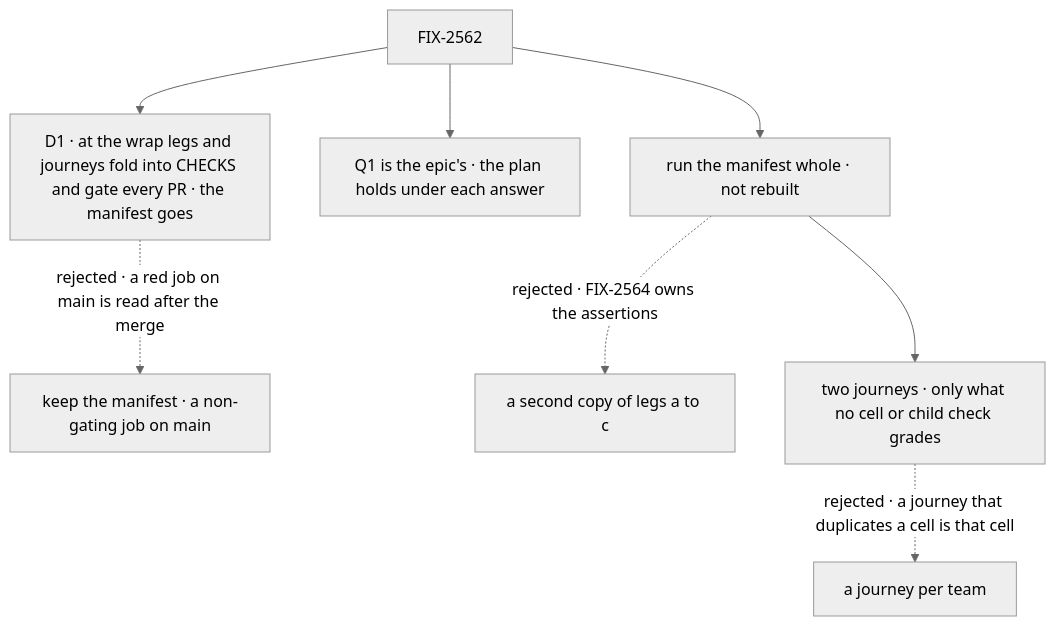
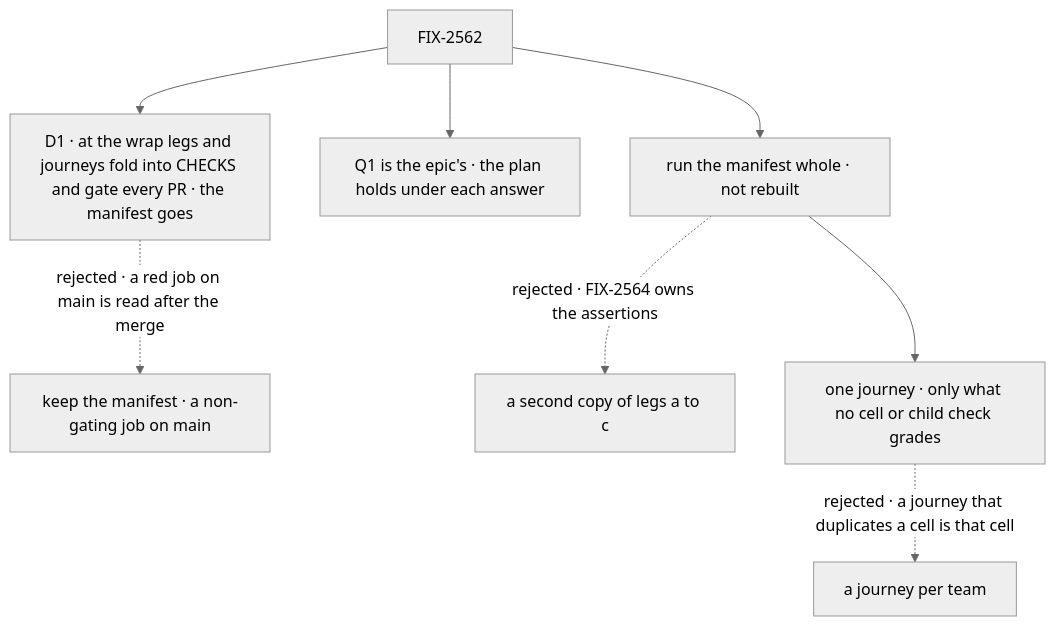
One commit to fixpoint-labs/flow-state-dev changed the diagram in specs/issues/FIX-2562/DECISIONS.md. Above: the diagram before and after it, drawn with Mermaid (neutral theme). The commit also changed other lines of this file and 33 other files, not shown here.

````diff
--- a/specs/issues/FIX-2562/DECISIONS.md
+++ b/specs/issues/FIX-2562/DECISIONS.md
@@ -12,10 +12,10 @@
 ```mermaid
 flowchart TD
   I["FIX-2562"] --> D1["D1 · at the wrap legs and journeys fold into CHECKS and gate every PR · the manifest goes"]
   D1 -.->|"rejected · a red job on main is read after the merge"| X1["keep the manifest · a non-gating job on main"]
   I --> Q["Q1 is the epic's · the plan holds under each answer"]
   I --> R["run the manifest whole · not rebuilt"]
   R -.->|"rejected · FIX-2564 owns the assertions"| X2["a second copy of legs a to c"]
-  R --> J["two journeys · only what no cell or child check grades"]
+  R --> J["one journey · only what no cell or child check grades"]
   J -.->|"rejected · a journey that duplicates a cell is that cell"| X3["a journey per team"]
 ```
````
